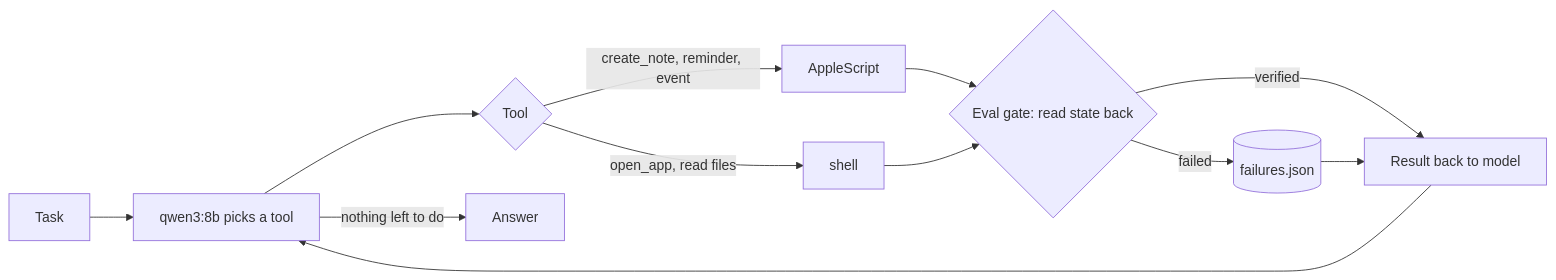
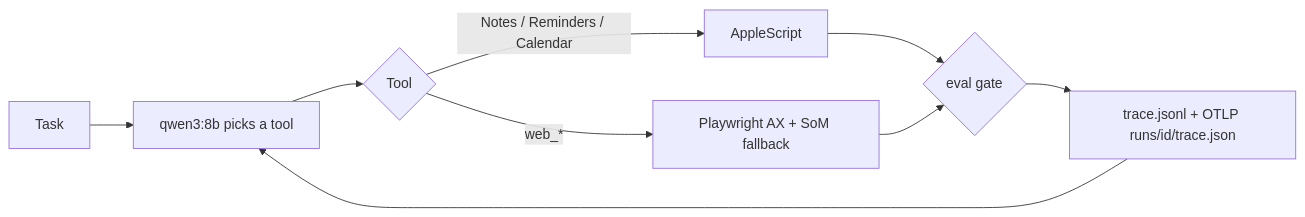
The second of 2 diagrams in README.md (hussainn7/mcp-vision), drawn with Mermaid before and after one commit. The commit also changed other lines of this file, not shown here.

Commit message:
docs: polish README with quickstart badges, architecture diagram, and GIF assets

````diff
--- a/README.md
+++ b/README.md
@@ -36,14 +84,11 @@
 ```mermaid
 graph LR
     A[Task] --> B[qwen3:8b picks a tool]
     B --> C{Tool}
-    C -->|create_note, reminder, event| D[AppleScript]
-    C -->|open_app, read files| E[shell]
-    D --> V{Eval gate: read state back}
+    C -->|Notes / Reminders / Calendar| D[AppleScript]
+    C -->|web_*| E[Playwright AX + SoM fallback]
+    D --> V{eval gate}
     E --> V
-    V -->|verified| F[Result back to model]
-    V -->|failed| L[(failures.json)]
-    L --> F
+    V --> F[trace.jsonl + OTLP runs/id/trace.json]
     F --> B
-    B -->|nothing left to do| G[Answer]
 ```
````
